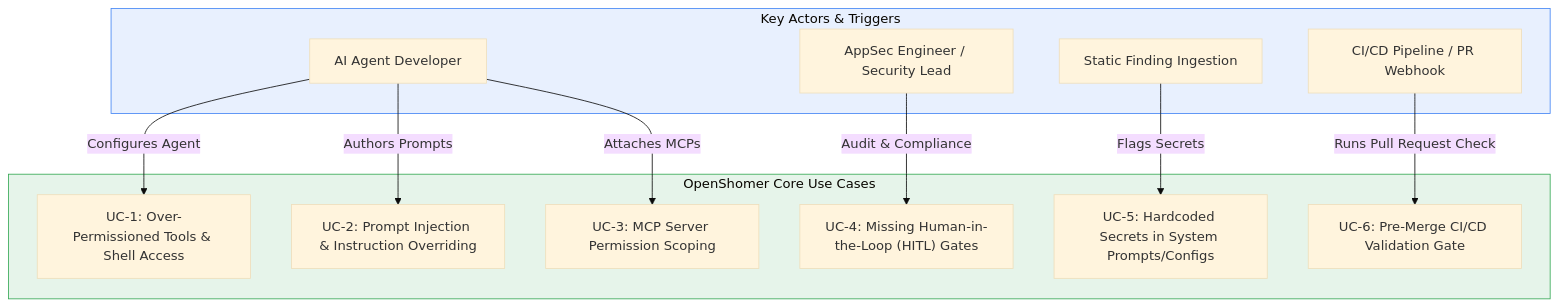
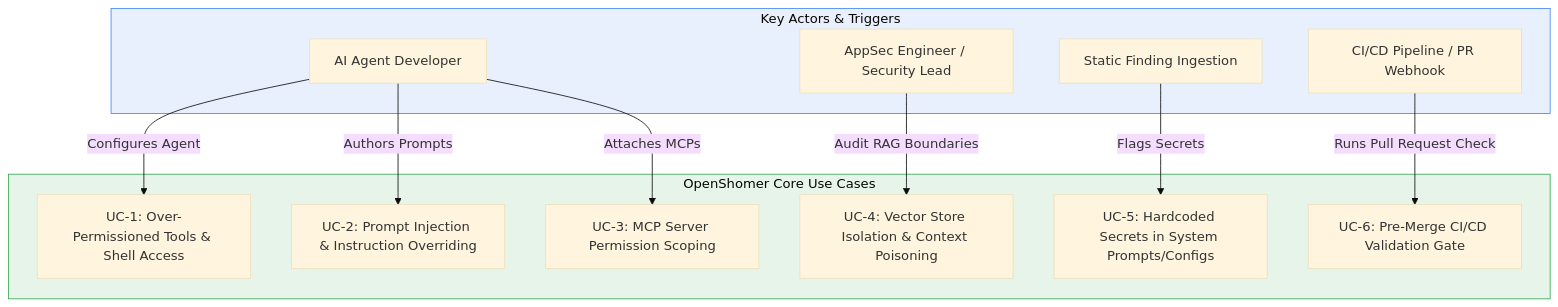
The first of 6 diagrams in docs/USE_CASES.md (kavix/OpenShomer), drawn with Mermaid (base theme) before and after one commit. The commit also changed other lines of this file and 2 other files, not shown here.

First line of the commit message:
docs: add RAG isolation use case and LLM08 rules (#126)

````diff
--- a/docs/USE_CASES.md
+++ b/docs/USE_CASES.md
@@ -9,28 +9,28 @@
 ```mermaid
 graph TD
     subgraph ACTORS["Key Actors & Triggers"]
         Dev["AI Agent Developer"]
         Sec["AppSec Engineer / Security Lead"]
         CI["CI/CD Pipeline / PR Webhook"]
         Scanner["Static Finding Ingestion"]
     end
 
     subgraph USECASES["OpenShomer Core Use Cases"]
         UC1["UC-1: Over-Permissioned Tools & Shell Access"]
         UC2["UC-2: Prompt Injection & Instruction Overriding"]
         UC3["UC-3: MCP Server Permission Scoping"]
-        UC4["UC-4: Missing Human-in-the-Loop (HITL) Gates"]
+        UC4["UC-4: Vector Store Isolation & Context Poisoning"]
         UC5["UC-5: Hardcoded Secrets in System Prompts/Configs"]
         UC6["UC-6: Pre-Merge CI/CD Validation Gate"]
     end
 
     Dev -->|Configures Agent| UC1
     Dev -->|Authors Prompts| UC2
     Dev -->|Attaches MCPs| UC3
-    Sec -->|Audit & Compliance| UC4
+    Sec -->|Audit RAG Boundaries| UC4
     Scanner -->|Flags Secrets| UC5
     CI -->|Runs Pull Request Check| UC6
 
     style ACTORS fill:#e8f0fe,stroke:#4285f4
     style USECASES fill:#e6f4ea,stroke:#34a853
 ```
````
